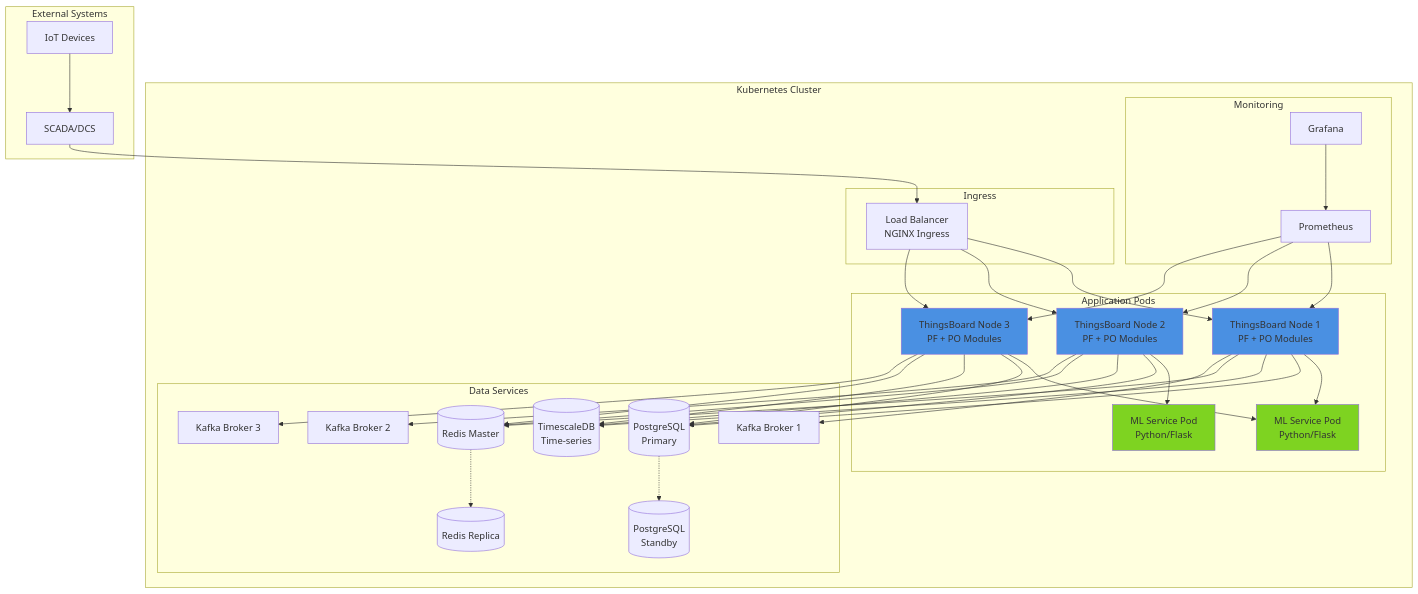
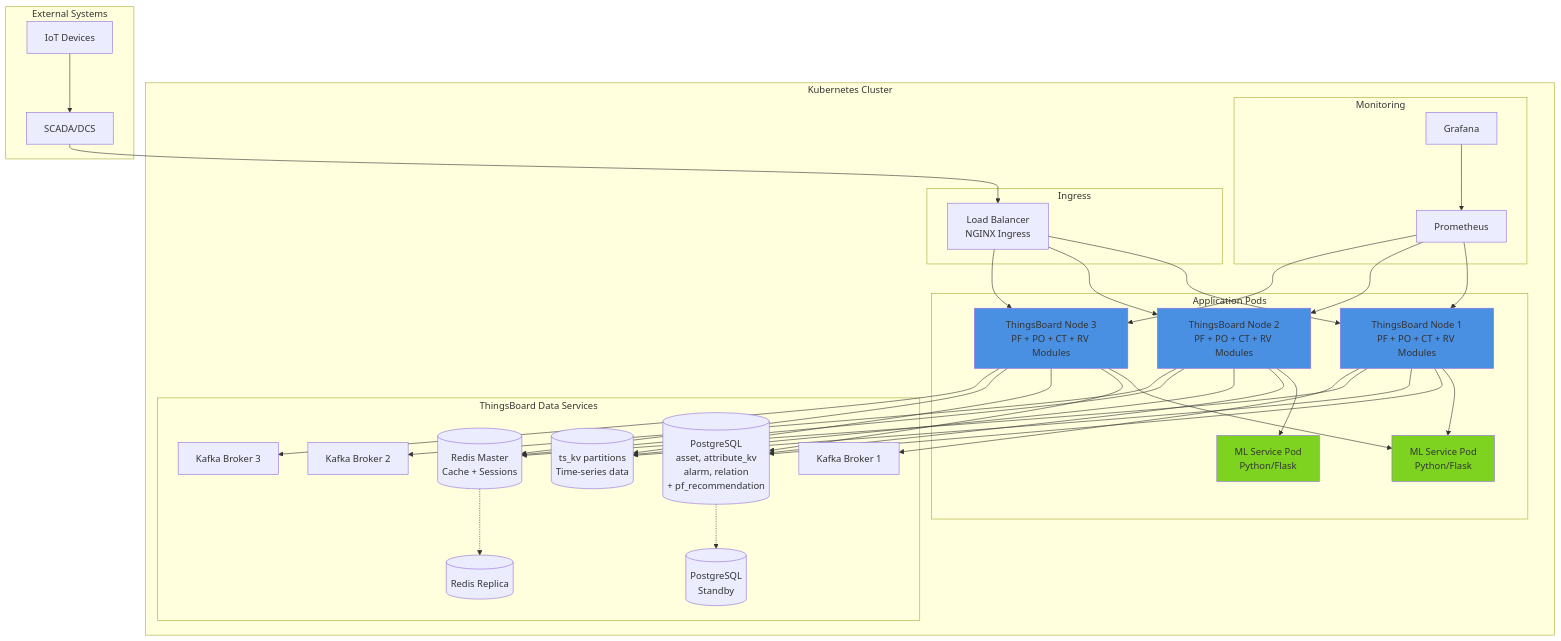
One commit to diazhh/nexus changed diagram 16 of 23 in dev/op/DIAGRAMS.md. Above: the diagram before and after it, drawn with Mermaid. The commit also changed other lines of this file and 109 other files, not shown here.

````diff
--- a/dev/op/DIAGRAMS.md
+++ b/dev/op/DIAGRAMS.md
@@ -535,77 +817,77 @@
 ```mermaid
 graph TB
     subgraph "Kubernetes Cluster"
         subgraph "Ingress"
             LB[Load Balancer<br/>NGINX Ingress]
         end
-        
+
         subgraph "Application Pods"
-            TB1[ThingsBoard Node 1<br/>PF + PO Modules]
-            TB2[ThingsBoard Node 2<br/>PF + PO Modules]
-            TB3[ThingsBoard Node 3<br/>PF + PO Modules]
+            TB1[ThingsBoard Node 1<br/>PF + PO + CT + RV Modules]
+            TB2[ThingsBoard Node 2<br/>PF + PO + CT + RV Modules]
+            TB3[ThingsBoard Node 3<br/>PF + PO + CT + RV Modules]
             ML1[ML Service Pod<br/>Python/Flask]
             ML2[ML Service Pod<br/>Python/Flask]
         end
-        
-        subgraph "Data Services"
-            PG[(PostgreSQL<br/>Primary)]
+
+        subgraph "ThingsBoard Data Services"
+            PG[(PostgreSQL<br/>asset, attribute_kv<br/>alarm, relation<br/>+ pf_recommendation)]
             PGS[(PostgreSQL<br/>Standby)]
-            TS[(TimescaleDB<br/>Time-series)]
-            Redis1[(Redis Master)]
+            TS[(ts_kv partitions<br/>Time-series data)]
+            Redis1[(Redis Master<br/>Cache + Sessions)]
             Redis2[(Redis Replica)]
             Kafka1[Kafka Broker 1]
             Kafka2[Kafka Broker 2]
             Kafka3[Kafka Broker 3]
         end
-        
+
         subgraph "Monitoring"
             Prom[Prometheus]
             Graf[Grafana]
         end
     end
-    
+
     subgraph "External Systems"
         SCADA[SCADA/DCS]
         Devices[IoT Devices]
     end
-    
+
     LB --> TB1
     LB --> TB2
     LB --> TB3
-    
+
     TB1 --> ML1
     TB2 --> ML2
     TB3 --> ML1
-    
+
     TB1 --> PG
     TB2 --> PG
     TB3 --> PG
     PG -.-> PGS
-    
+
     TB1 --> TS
     TB2 --> TS
     TB3 --> TS
-    
+
     TB1 --> Redis1
     TB2 --> Redis1
     TB3 --> Redis1
     Redis1 -.-> Redis2
-    
+
     TB1 --> Kafka1
     TB2 --> Kafka2
     TB3 --> Kafka3
-    
+
     Prom --> TB1
     Prom --> TB2
     Prom --> TB3
     Graf --> Prom
-    
+
     Devices --> SCADA
     SCADA --> LB
-    
+
     style TB1 fill:#4A90E2
     style TB2 fill:#4A90E2
     style TB3 fill:#4A90E2
     style ML1 fill:#7ED321
     style ML2 fill:#7ED321
 ```
````
